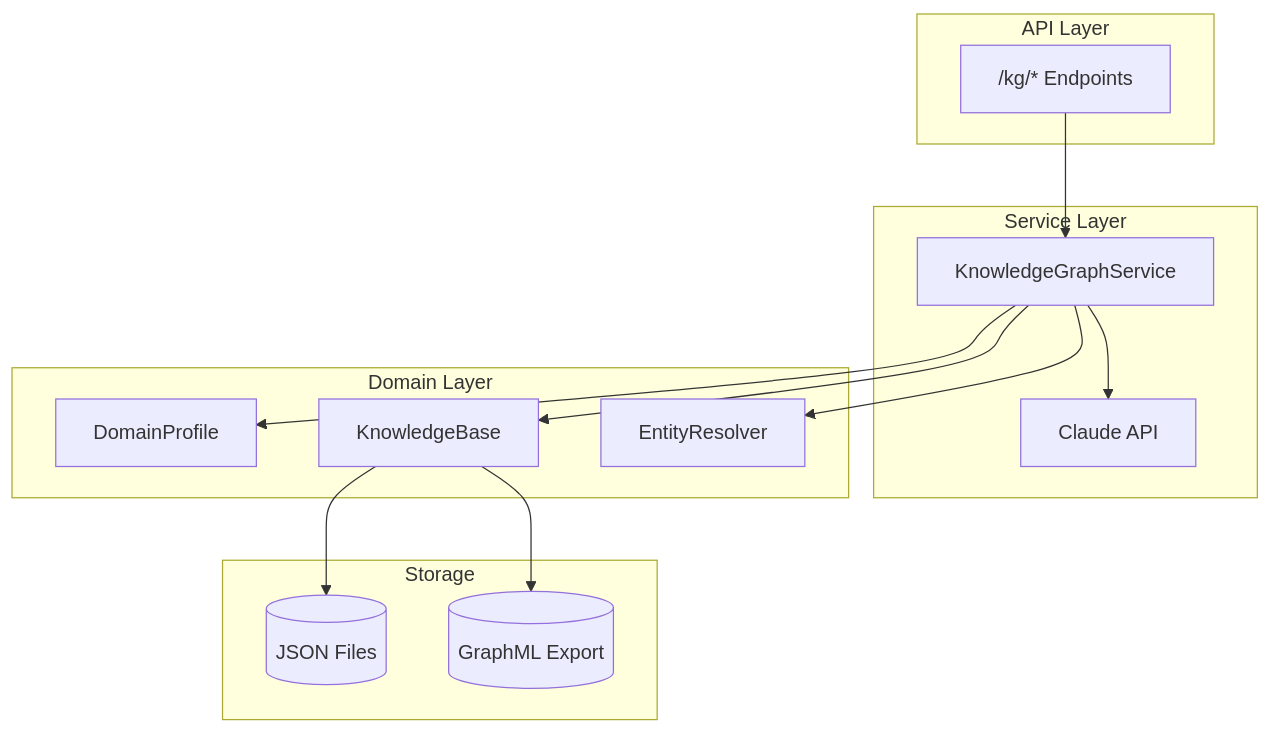
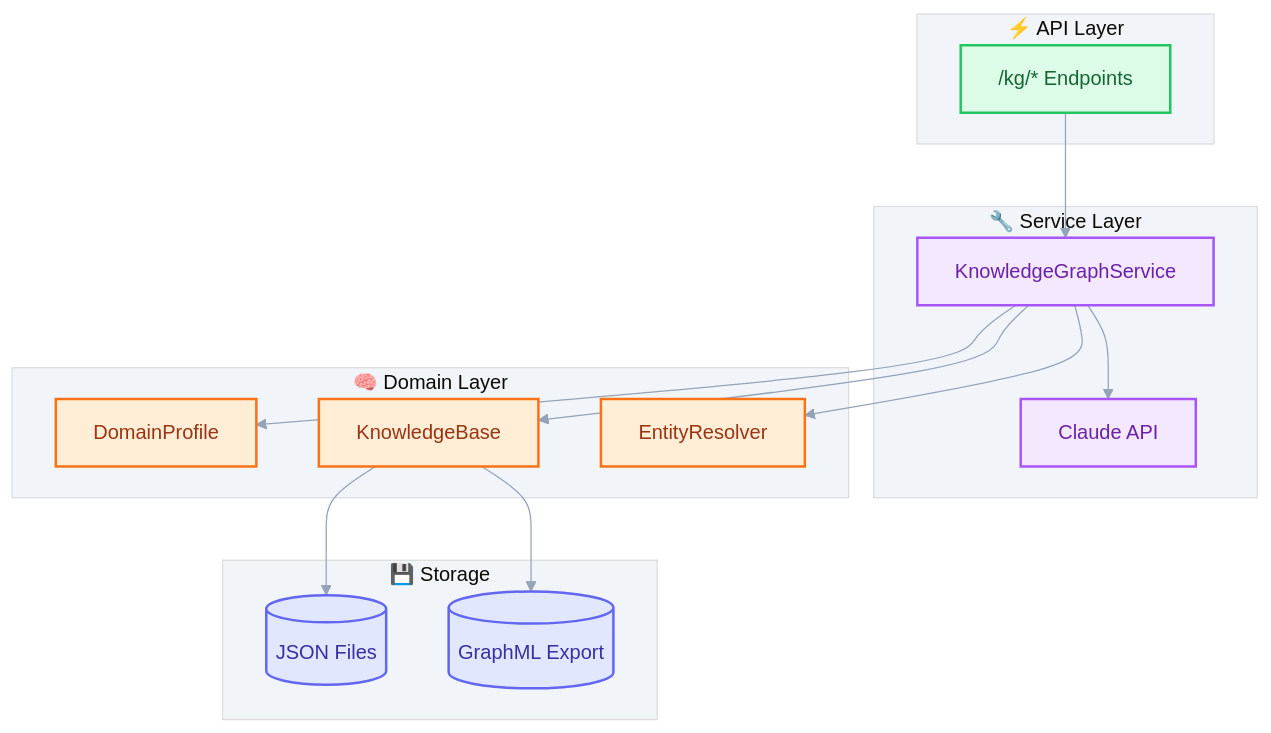
The second of 2 diagrams in guides/knowledge-graph.md (costiash/CognivAgent), drawn with Mermaid before and after one commit. The commit also changed other lines of this file and 15 other files, not shown here.

First line of the commit message:
docs: add screenshots, demo video, and style Mermaid diagrams

````diff
--- a/guides/knowledge-graph.md
+++ b/guides/knowledge-graph.md
@@ -123,30 +128,41 @@
 ```mermaid
+%%{init: {'theme': 'base', 'themeVariables': { 'primaryColor': '#818cf8', 'primaryTextColor': '#1e1b4b', 'primaryBorderColor': '#6366f1', 'lineColor': '#94a3b8', 'secondaryColor': '#f8fafc', 'tertiaryColor': '#f1f5f9'}}}%%
 graph TB
-    subgraph "API Layer"
+    subgraph API["⚡ API Layer"]
         KG_API["/kg/* Endpoints"]
     end
 
-    subgraph "Service Layer"
+    subgraph Service["🔧 Service Layer"]
         KGS[KnowledgeGraphService]
         CLAUDE[Claude API]
     end
 
-    subgraph "Domain Layer"
+    subgraph Domain["🧠 Domain Layer"]
         DP[DomainProfile]
         KB[KnowledgeBase]
         RES[EntityResolver]
     end
 
-    subgraph "Storage"
+    subgraph Storage["💾 Storage"]
         JSON[(JSON Files)]
         GRAPHML[(GraphML Export)]
     end
 
     KG_API --> KGS
     KGS --> CLAUDE
     KGS --> DP
     KGS --> KB
     KGS --> RES
     KB --> JSON
     KB --> GRAPHML
+
+    classDef api fill:#dcfce7,stroke:#22c55e,stroke-width:2px,color:#166534
+    classDef service fill:#f3e8ff,stroke:#a855f7,stroke-width:2px,color:#6b21a8
+    classDef domain fill:#ffedd5,stroke:#f97316,stroke-width:2px,color:#9a3412
+    classDef storage fill:#e0e7ff,stroke:#6366f1,stroke-width:2px,color:#3730a3
+
+    class KG_API api
+    class KGS,CLAUDE service
+    class DP,KB,RES domain
+    class JSON,GRAPHML storage
 ```
````
